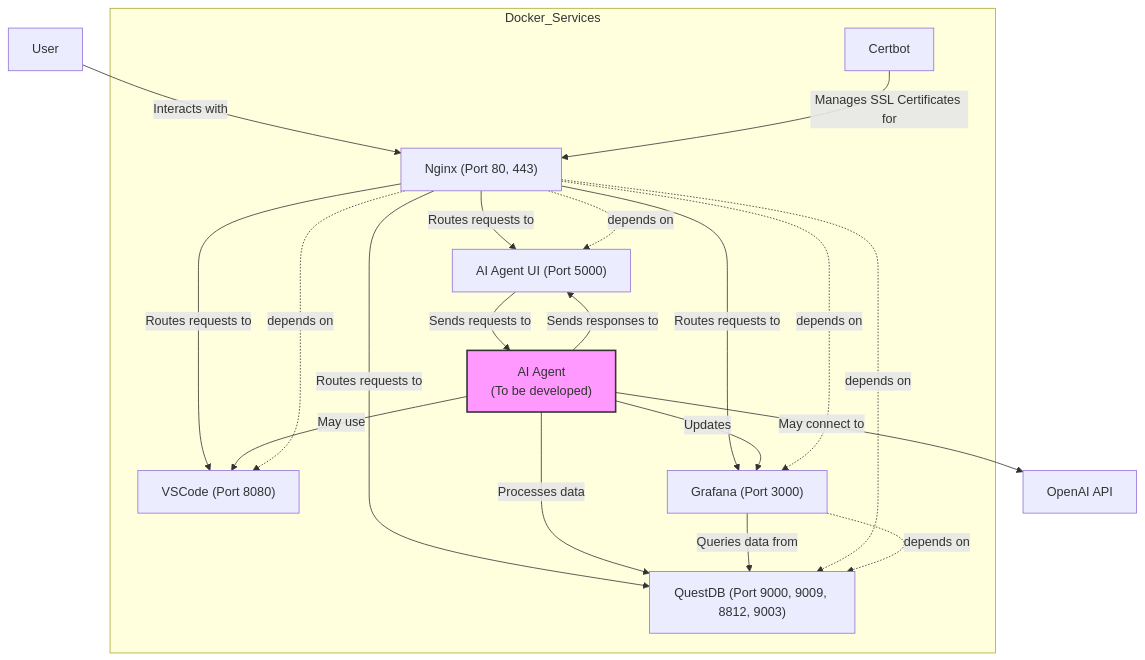
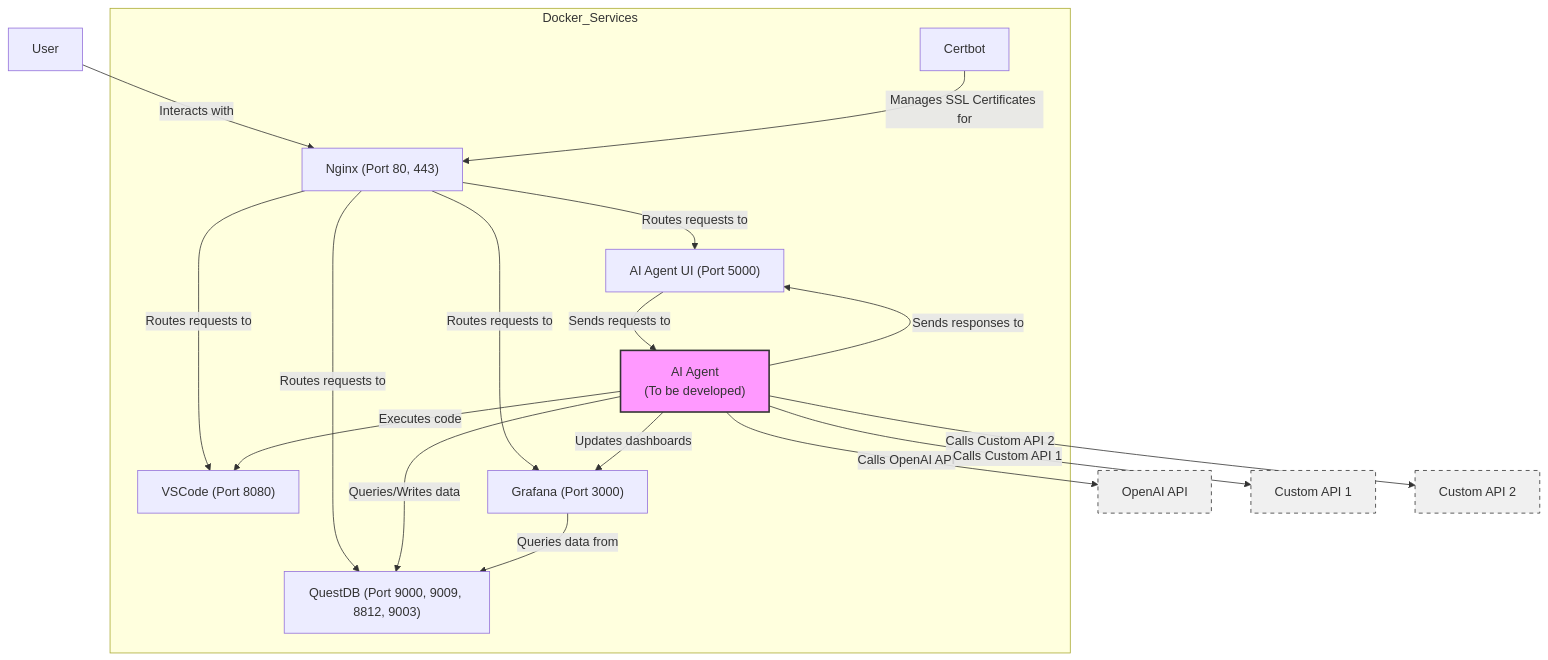
The diagram in docs/tasks/internship/3-archtecture-overview.md (quantiota/AI-Agent-Lab), drawn with Mermaid before and after one commit. The commit also changed other lines of this file, not shown here.

````diff
--- a/docs/tasks/internship/3-archtecture-overview.md
+++ b/docs/tasks/internship/3-archtecture-overview.md
@@ -5,35 +7,33 @@
 ```mermaid
 graph TD
     subgraph Docker_Services
         vscode["VSCode (Port 8080)"]
         grafana["Grafana (Port 3000)"]
         questdb["QuestDB (Port 9000, 9009, 8812, 9003)"]
         aiagentui["AI Agent UI (Port 5000)"]
         nginx["Nginx (Port 80, 443)"]
         certbot["Certbot"]
         aiagent["AI Agent\n(To be developed)"]
     end
     User -->|Interacts with| nginx
     nginx -->|Routes requests to| aiagentui
     nginx -->|Routes requests to| vscode
     nginx -->|Routes requests to| grafana
     nginx -->|Routes requests to| questdb
     aiagentui -->|Sends requests to| aiagent
     aiagent -->|Sends responses to| aiagentui
-    aiagent -->|Processes data| questdb
-    aiagent -->|Updates| grafana
-    aiagent -->|May use| vscode
+    aiagent -->|Queries/Writes data| questdb
+    aiagent -->|Updates dashboards| grafana
+    aiagent -->|Executes code| vscode
     grafana -->|Queries data from| questdb
     certbot -->|Manages SSL Certificates for| nginx
     
-    nginx -.->|depends on| aiagentui
-    nginx -.->|depends on| vscode
-    nginx -.->|depends on| grafana
-    nginx -.->|depends on| questdb
-    grafana -.->|depends on| questdb
-    
-    aiagent -->|May connect to| OpenAI["OpenAI API"]
+    aiagent -->|Calls OpenAI API| OpenAI["OpenAI API"]
+    aiagent -->|Calls Custom API 1| API1["Custom API 1"]
+    aiagent -->|Calls Custom API 2| API2["Custom API 2"]
     
     classDef toDevelop fill:#f9f,stroke:#333,stroke-width:2px;
     class aiagent toDevelop;
+    classDef external fill:#f0f0f0,stroke:#333,stroke-dasharray: 5 5;
+    class OpenAI,API1,API2 external;
 ```
````
